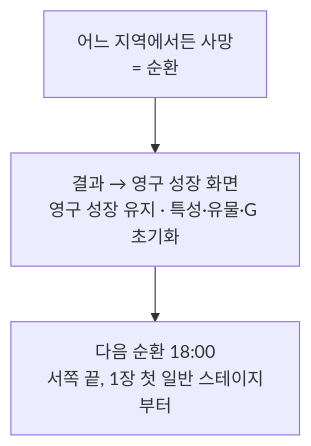
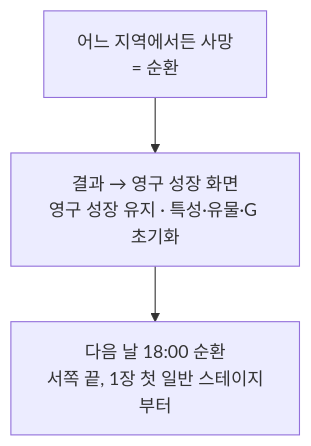
One commit to junseo2k/Math-RPG changed the third of 3 diagrams in Docs/Design/WorldLevelStructure.md. Above: the diagram before and after it, drawn with Mermaid. The commit also changed other lines of this file and 1 other file, not shown here.

````diff
--- a/Docs/Design/WorldLevelStructure.md
+++ b/Docs/Design/WorldLevelStructure.md
@@ -182,4 +187,4 @@
 ```mermaid
 flowchart TD
-    D["어느 지역에서든 사망<br/>= 순환"] --> E["결과 → 영구 성장 화면<br/>영구 성장 유지 · 특성·유물·G 초기화"] --> S["다음 순환 18:00<br/>서쪽 끝, 1장 첫 일반 스테이지부터"]
+    D["어느 지역에서든 사망<br/>= 순환"] --> E["결과 → 영구 성장 화면<br/>영구 성장 유지 · 특성·유물·G 초기화"] --> S["다음 날 18:00 순환<br/>서쪽 끝, 1장 첫 일반 스테이지부터"]
 ```
````
